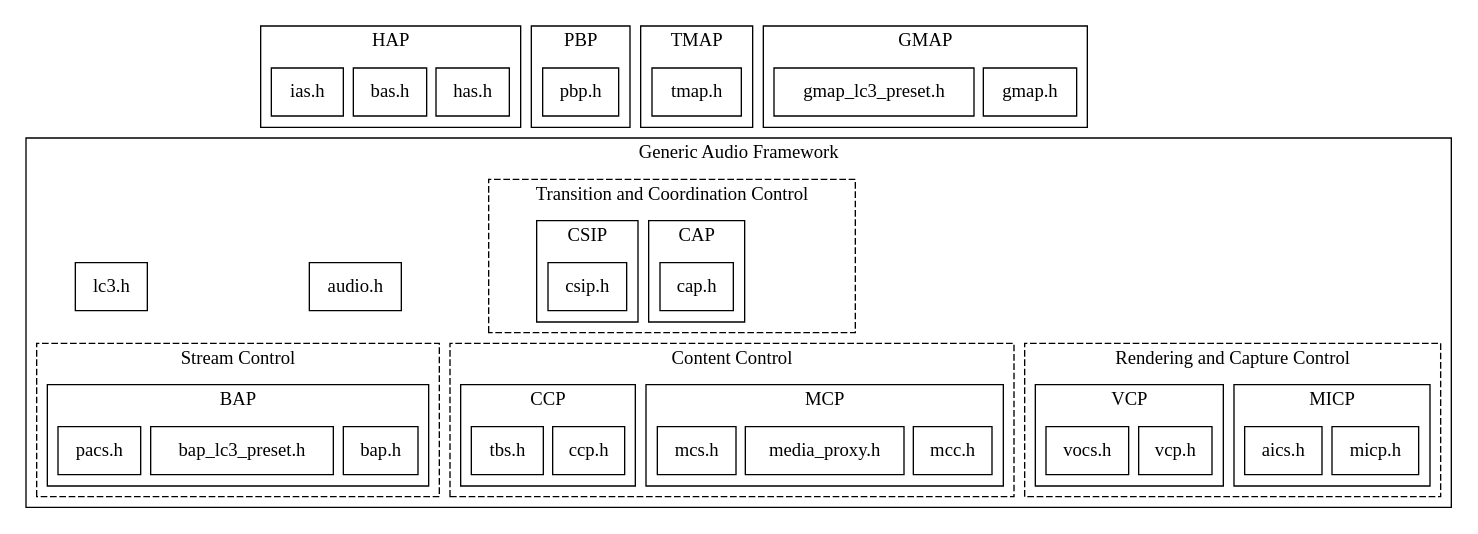
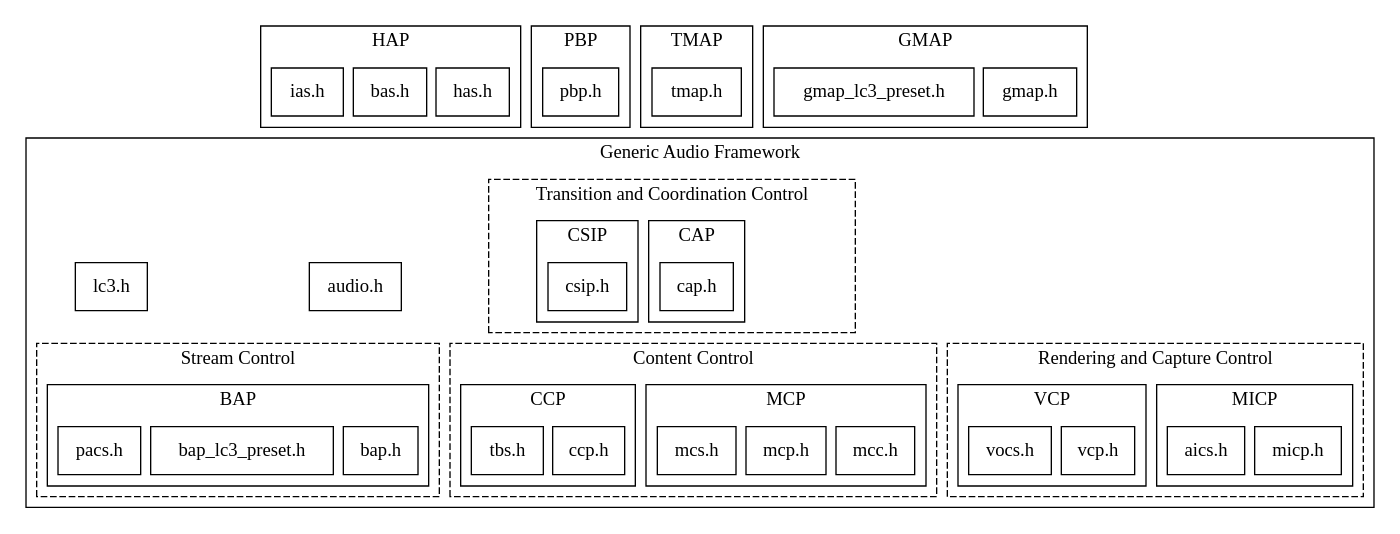
One commit to chromium-full-mirror/chromiumos_third_party_zephyrproject changed the third of 3 diagrams in zephyr/doc/services/connectivity/bluetooth/api/audio/bluetooth-le-audio-arch.rst. Above: the diagram before and after it, drawn with Graphviz. The commit also changed 14 other files, not shown here.

First line of the commit message:
Bluetooth: MCP: Remove media proxy

```diff
--- a/zephyr/doc/services/connectivity/bluetooth/api/audio/bluetooth-le-audio-arch.rst
+++ b/zephyr/doc/services/connectivity/bluetooth/api/audio/bluetooth-le-audio-arch.rst
@@ -287,7 +287,7 @@
                style=solid;
                MCS_H [label="mcs.h"];
                MCC_H [label="mcc.h"];
-               MP_H [label="media_proxy.h"];
+               MCP_H [label="mcp.h"];
             }
 
             subgraph ccp_layer {
@@ -331,7 +331,7 @@
 
       CAP_H -> MCS_H;
       CAP_H -> MCC_H;
-      CAP_H -> MP_H;
+      CAP_H -> MCP_H;
       CAP_H -> CCP_H;
       CAP_H -> TBS_H;
       CAP_H -> BAP_H;
@@ -342,7 +342,7 @@
 
       CSIP_H -> MCS_H;
       CSIP_H -> MCC_H;
-      CSIP_H -> MP_H;
+      CSIP_H -> MCP_H;
       CSIP_H -> CCP_H;
       CSIP_H -> TBS_H;
       CSIP_H -> BAP_H;
```
